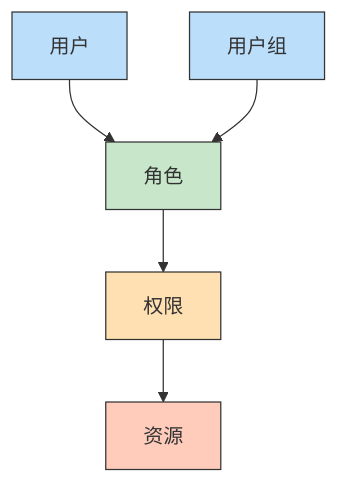
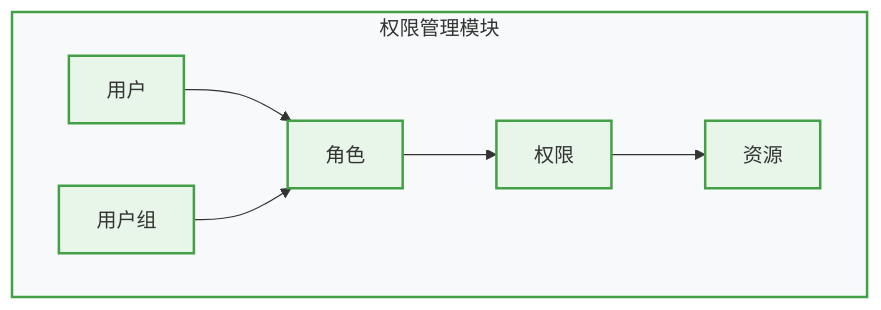
Before and after one commit to LeonColes/OSS-BackEnd: the sixth of 16 diagrams in docs/architecture.md, drawn with Mermaid. The commit also changed other lines of this file, not shown here.

````diff
--- a/docs/architecture.md
+++ b/docs/architecture.md
@@ -354,13 +405,18 @@
 ```mermaid
-graph TD
-    User[用户] --> Role[角色]
-    Group[用户组] --> Role
-    Role --> Permission[权限]
-    Permission --> Resource[资源]
+flowchart TD
+    subgraph PermissionModule[权限管理模块]
+        direction LR
+        User[用户] --> Role[角色]
+        Group[用户组] --> Role
+        Role --> Permission[权限]
+        Permission --> Resource[资源]
+    end
     
-    style User fill:#bbdefb,stroke:#333,stroke-width:1px
-    style Group fill:#bbdefb,stroke:#333,stroke-width:1px
-    style Role fill:#c8e6c9,stroke:#333,stroke-width:1px
-    style Permission fill:#ffe0b2,stroke:#333,stroke-width:1px
-    style Resource fill:#ffccbc,stroke:#333,stroke-width:1px
+    %% 样式设置 - 明亮风格
+    classDef permModuleStyle fill:#e8f5e9,stroke:#43a047,stroke-width:2px,color:#333
+    
+    class User,Group,Role,Permission,Resource permModuleStyle
+    
+    %% 设置子图样式
+    style PermissionModule fill:#f8f9fa,stroke:#43a047,stroke-width:2px,color:#333
 ```
````
